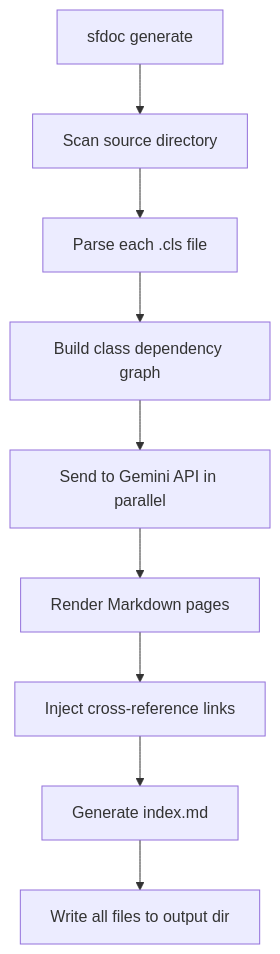
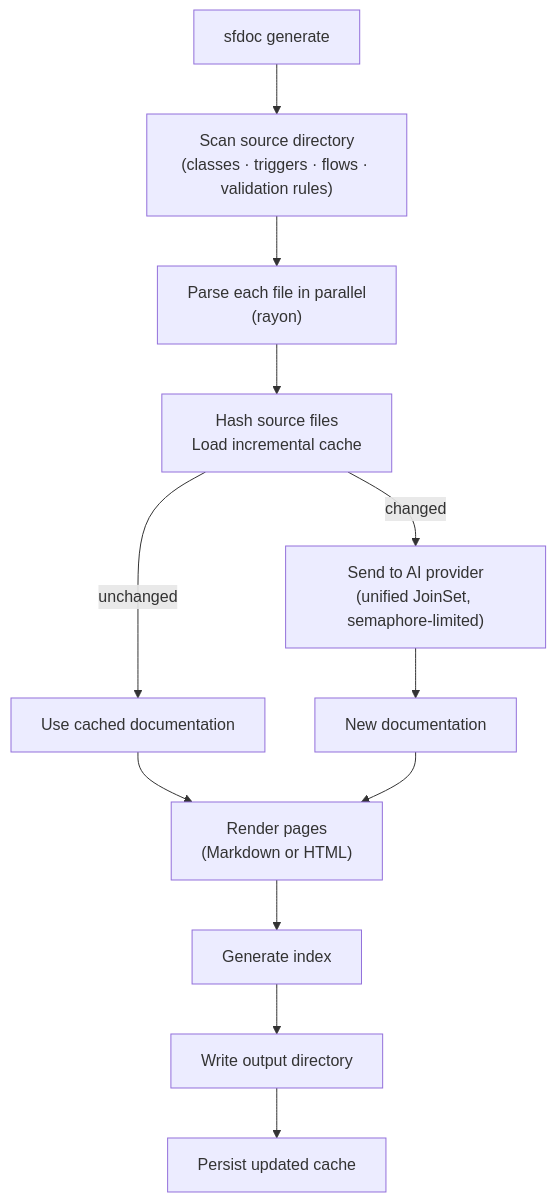
The second of 2 diagrams in project-plan.md (russellwtaylor/sf-docs), drawn with Mermaid before and after one commit. The commit also changed other lines of this file and 10 other files, not shown here.

````diff
--- a/project-plan.md
+++ b/project-plan.md
@@ -212,11 +435,13 @@
 ```mermaid
 flowchart TD
-    Start["sfdoc generate"] --> Scan["Scan source directory"]
-    Scan --> Parse["Parse each .cls file"]
-    Parse --> BuildGraph["Build class dependency graph"]
-    BuildGraph --> GenDocs["Send to Gemini API in parallel"]
-    GenDocs --> Render["Render Markdown pages"]
-    Render --> CrossLink["Inject cross-reference links"]
-    CrossLink --> WriteIndex["Generate index.md"]
-    WriteIndex --> Done["Write all files to output dir"]
+    Start["sfdoc generate"] --> Scan["Scan source directory\n(classes · triggers · flows · validation rules)"]
+    Scan --> Parse["Parse each file in parallel\n(rayon)"]
+    Parse --> HashCheck["Hash source files\nLoad incremental cache"]
+    HashCheck -->|unchanged| CachedDocs["Use cached documentation"]
+    HashCheck -->|changed| AI["Send to AI provider\n(unified JoinSet, semaphore-limited)"]
+    AI --> NewDocs["New documentation"]
+    CachedDocs & NewDocs --> Render["Render pages\n(Markdown or HTML)"]
+    Render --> Index["Generate index"]
+    Index --> Write["Write output directory"]
+    Write --> SaveCache["Persist updated cache"]
 ```
````
